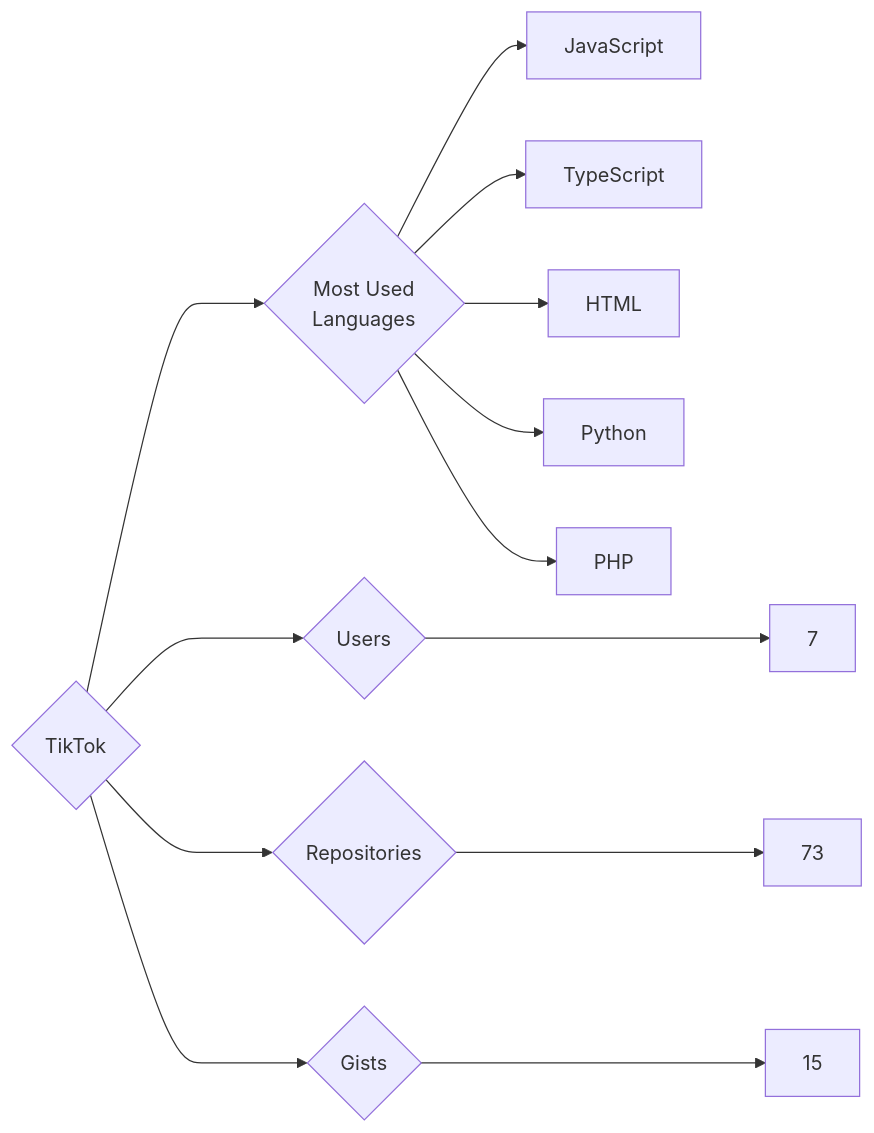
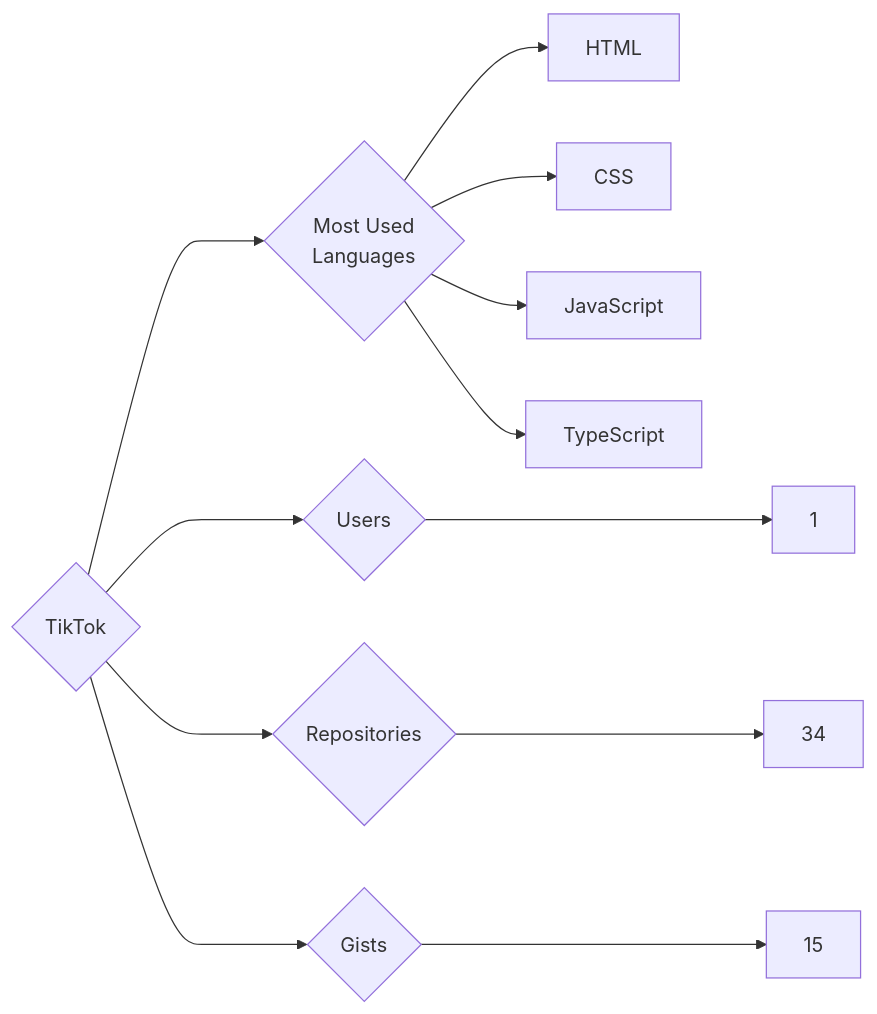
One commit to trickest/insiders changed the diagram in targets/TikTok/README.md. Above: the diagram before and after it, drawn with Mermaid. The commit also changed 1248 other files, not shown here.

````diff
--- a/targets/TikTok/README.md
+++ b/targets/TikTok/README.md
@@ -3,13 +3,12 @@
 ```mermaid
 graph LR
 COMPANY_NAME{TikTok}
-COMPANY_NAME ---> U{Users} ---> UN[7]
-COMPANY_NAME ---> R{Repositories} ---> RN[73]
+COMPANY_NAME ---> U{Users} ---> UN[1]
+COMPANY_NAME ---> R{Repositories} ---> RN[34]
 COMPANY_NAME ---> G{Gists} ---> GN[15]
 COMPANY_NAME ---> ML{Most Used<br>Languages}
+ML --> HTML[HTML]
+ML --> CSS[CSS]
 ML --> JavaScript[JavaScript]
 ML --> TypeScript[TypeScript]
-ML --> HTML[HTML]
-ML --> Python[Python]
-ML --> PHP[PHP]
 ```
````
